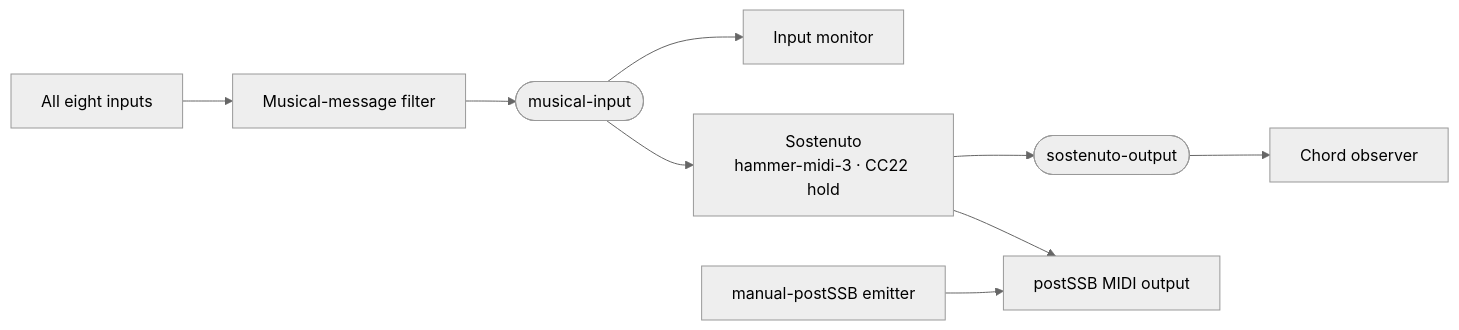
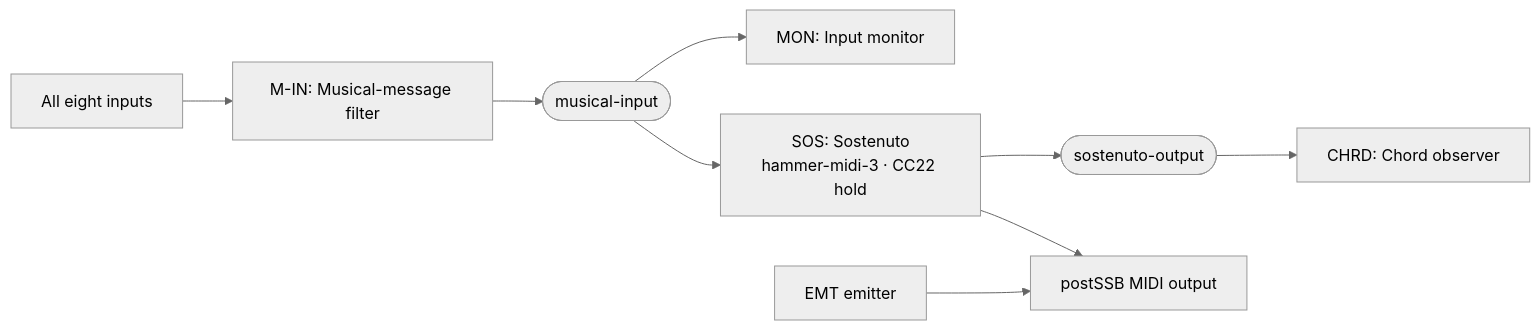
The first of 2 diagrams in docs/sostenuto.md (baalintnagy/midi-rat), drawn with Mermaid (neutral theme) before and after one commit. The commit also changed other lines of this file and 58 other files, not shown here.

````diff
--- a/docs/sostenuto.md
+++ b/docs/sostenuto.md
@@ -94,11 +109,11 @@
 ```mermaid
 flowchart LR
-    I[All eight inputs] --> F[Musical-message filter]
+    I[All eight inputs] --> F[M-IN: Musical-message filter]
     F --> B([musical-input])
-    B --> M[Input monitor]
-    B --> S["Sostenuto<br/>hammer-midi-3 · CC22 hold"]
+    B --> M[MON: Input monitor]
+    B --> S["SOS: Sostenuto<br/>hammer-midi-3 · CC22 hold"]
     S --> O([sostenuto-output])
-    O --> C[Chord observer]
+    O --> C[CHRD: Chord observer]
     S --> P[postSSB MIDI output]
-    E[manual-postSSB emitter] --> P
+    E[EMT emitter] --> P
 ```
````
